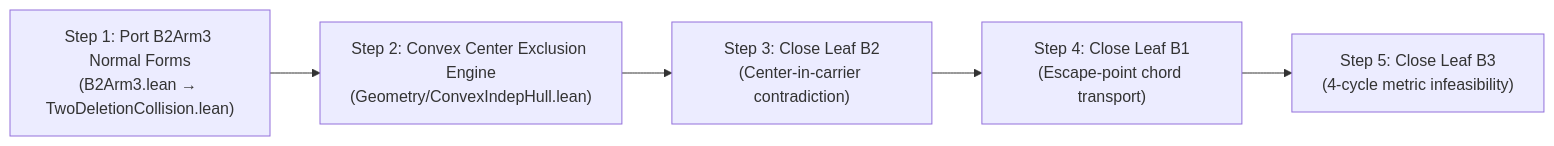
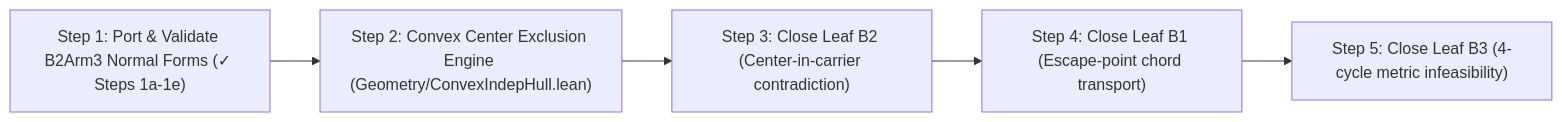
One commit to mysticflounder/erdos-97-96-formalization changed the second of 2 diagrams in docs/plans/2026-08-18-b-family-closure-plan.md. Above: the diagram before and after it, drawn with Mermaid. The commit also changed other lines of this file, not shown here.

Commit message:
docs: detail Step 1 substeps and rigor validation for B-family closure

````diff
--- a/docs/plans/2026-08-18-b-family-closure-plan.md
+++ b/docs/plans/2026-08-18-b-family-closure-plan.md
@@ -77,13 +180,13 @@
 ```mermaid
 graph LR
-    S1["Step 1: Port B2Arm3 Normal Forms<br>(B2Arm3.lean → TwoDeletionCollision.lean)"]
-    S2["Step 2: Convex Center Exclusion Engine<br>(Geometry/ConvexIndepHull.lean)"]
-    S3["Step 3: Close Leaf B2<br>(Center-in-carrier contradiction)"]
-    S4["Step 4: Close Leaf B1<br>(Escape-point chord transport)"]
-    S5["Step 5: Close Leaf B3<br>(4-cycle metric infeasibility)"]
+    S1["Step 1: Port & Validate B2Arm3 Normal Forms (✓ Steps 1a-1e)"]
+    S2["Step 2: Convex Center Exclusion Engine (Geometry/ConvexIndepHull.lean)"]
+    S3["Step 3: Close Leaf B2 (Center-in-carrier contradiction)"]
+    S4["Step 4: Close Leaf B1 (Escape-point chord transport)"]
+    S5["Step 5: Close Leaf B3 (4-cycle metric infeasibility)"]
     
     S1 --> S2
     S2 --> S3
     S3 --> S4
     S4 --> S5
 ```
````
